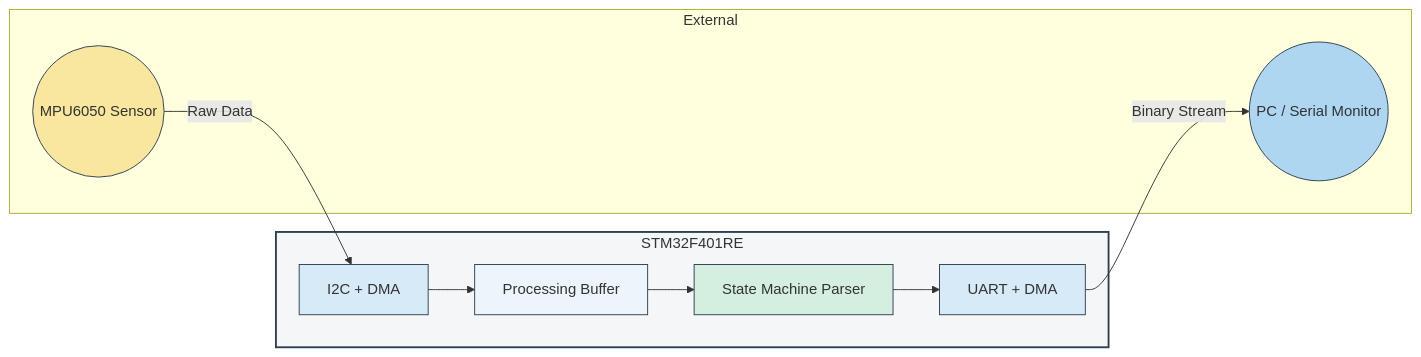
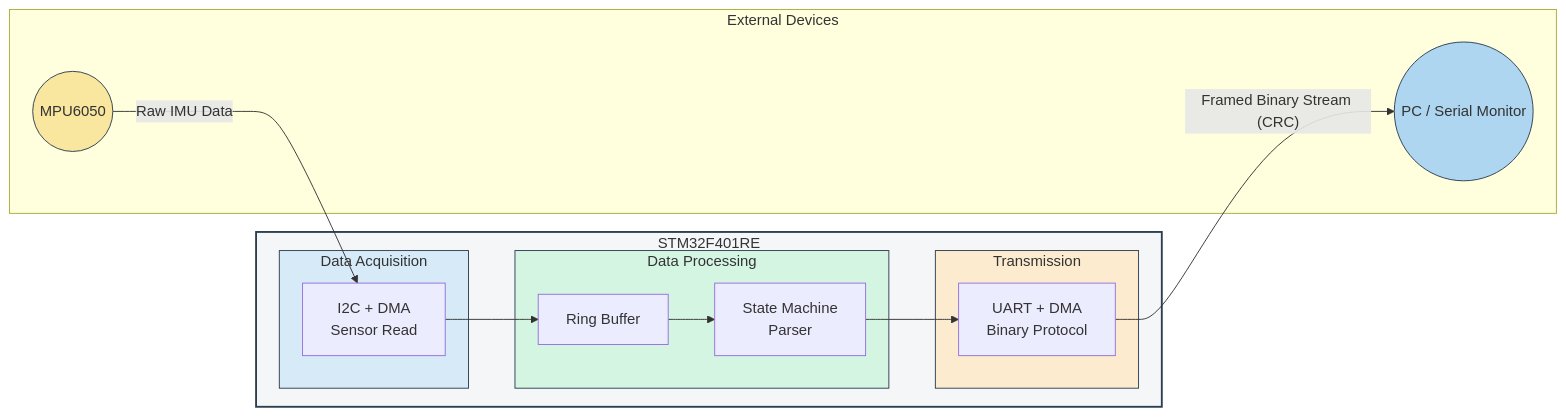
The diagram in README.md (maksim-kameko/stm32f401-mpu6050-dma-uart-protocol), drawn with Mermaid before and after one commit.

Commit message:
Update system architecture diagram in README

````diff
--- a/README.md
+++ b/README.md
@@ -46,21 +46,42 @@
 ```mermaid
 graph LR
+
+    %% ===== MCU =====
     subgraph MCU ["STM32F401RE"]
-        A[I2C + DMA] --> B[Processing Buffer]
-        B --> C[State Machine Parser]
-        C --> D[UART + DMA]
+        
+        subgraph ACQ ["Data Acquisition"]
+            A[I2C + DMA<br/>Sensor Read]
+        end
+        
+        subgraph PROC ["Data Processing"]
+            B[Ring Buffer]
+            C[State Machine<br/>Parser]
+        end
+        
+        subgraph TX ["Transmission"]
+            D[UART + DMA<br/>Binary Protocol]
+        end
+
+        A --> B --> C --> D
     end
 
-    subgraph External
-        S((MPU6050 Sensor)) -- Raw Data --> A
-        D -- Binary Stream --> P((PC / Serial Monitor))
+    %% ===== External =====
+    subgraph EXT ["External Devices"]
+        S((MPU6050))
+        P((PC / Serial Monitor))
     end
 
+    %% ===== Connections =====
+    S -- "Raw IMU Data" --> A
+    D -- "Framed Binary Stream (CRC)" --> P
+
+    %% ===== Styles =====
     style MCU fill:#f4f6f7,stroke:#2c3e50,stroke-width:2px
-    style A fill:#d6eaf8,stroke:#2c3e50
-    style B fill:#ebf5fb,stroke:#2c3e50
-    style C fill:#d4efdf,stroke:#2c3e50
-    style D fill:#d6eaf8,stroke:#2c3e50
+
+    style ACQ fill:#d6eaf8,stroke:#2c3e50
+    style PROC fill:#d5f5e3,stroke:#2c3e50
+    style TX fill:#fdebd0,stroke:#2c3e50
+
     style S fill:#f9e79f,stroke:#2c3e50
     style P fill:#aed6f1,stroke:#2c3e50
 ```
````
